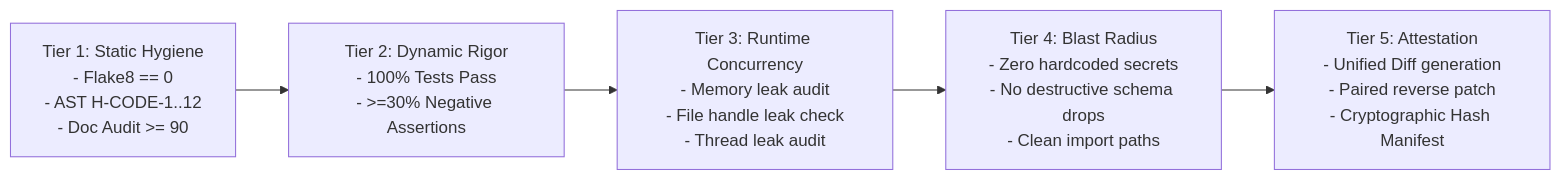
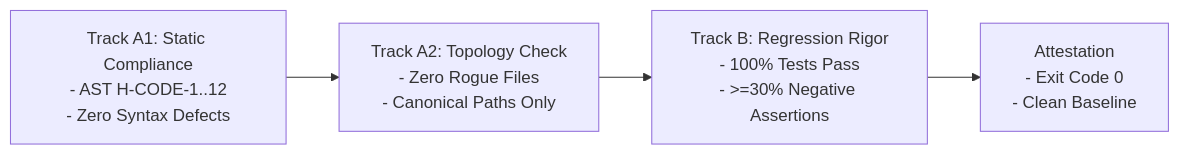
One commit to jinseobhong/antigravity-autopoiesis changed the second of 2 diagrams in docs/active/ARCHITECTURE.md. Above: the diagram before and after it, drawn with Mermaid. The commit also changed other lines of this file and 13 other files, not shown here.

Commit message:
docs: align architecture specifications, rules, and constitution with physical runtime reality

````diff
--- a/docs/active/ARCHITECTURE.md
+++ b/docs/active/ARCHITECTURE.md
@@ -158,7 +179,14 @@
 ```mermaid
 graph LR
-    T1["Tier 1: Static Hygiene\n- Flake8 == 0\n- AST H-CODE-1..12\n- Doc Audit >= 90"] --> T2["Tier 2: Dynamic Rigor\n- 100% Tests Pass\n- >=30% Negative Assertions"]
-    T2 --> T3["Tier 3: Runtime Concurrency\n- Memory leak audit\n- File handle leak check\n- Thread leak audit"]
-    T3 --> T4["Tier 4: Blast Radius\n- Zero hardcoded secrets\n- No destructive schema drops\n- Clean import paths"]
-    T4 --> T5["Tier 5: Attestation\n- Unified Diff generation\n- Paired reverse patch\n- Cryptographic Hash Manifest"]
+    T1["Track A1: Static Compliance
+- AST H-CODE-1..12
+- Zero Syntax Defects"] --> T2["Track A2: Topology Check
+- Zero Rogue Files
+- Canonical Paths Only"]
+    T2 --> T3["Track B: Regression Rigor
+- 100% Tests Pass
+- >=30% Negative Assertions"]
+    T3 --> T4["Attestation
+- Exit Code 0
+- Clean Baseline"]
 ```
````
